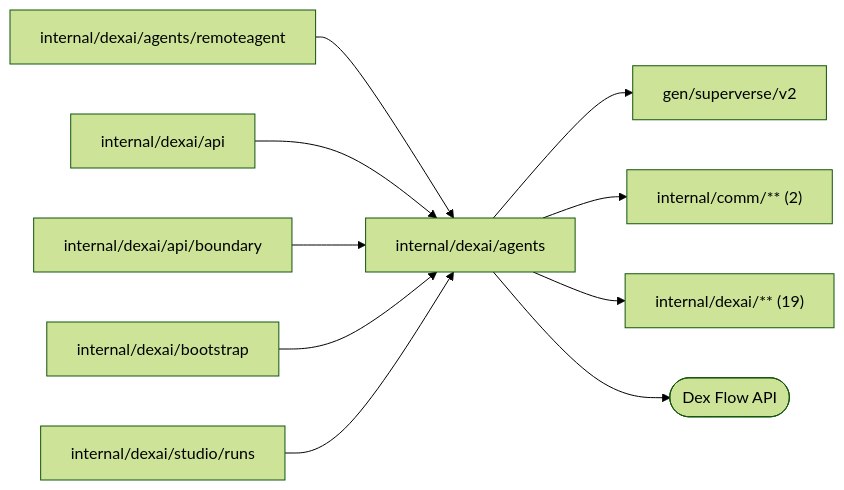
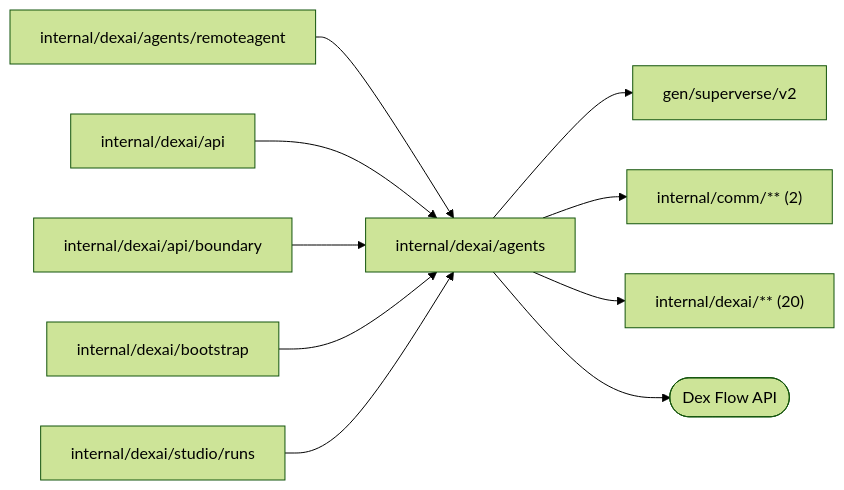
One commit to superdurable/superverse changed the diagram in internal/dexai/agents/README.md. Above: the diagram before and after it, drawn with Mermaid (forest theme). The commit also changed other lines of this file and 167 other files, not shown here.

````diff
--- a/internal/dexai/agents/README.md
+++ b/internal/dexai/agents/README.md
@@ -10,13 +10,13 @@
 ```mermaid
 flowchart LR
   self["internal/dexai/agents"]
   c0["internal/dexai/agents/remoteagent"] --> self
   c1["internal/dexai/api"] --> self
   c2["internal/dexai/api/boundary"] --> self
   c3["internal/dexai/bootstrap"] --> self
   c4["internal/dexai/studio/runs"] --> self
   self --> d0["gen/superverse/v2"]
   self --> d1["internal/comm/** (2)"]
-  self --> d2["internal/dexai/** (19)"]
+  self --> d2["internal/dexai/** (20)"]
   self --> e0(["Dex Flow API"])
 ```
````
